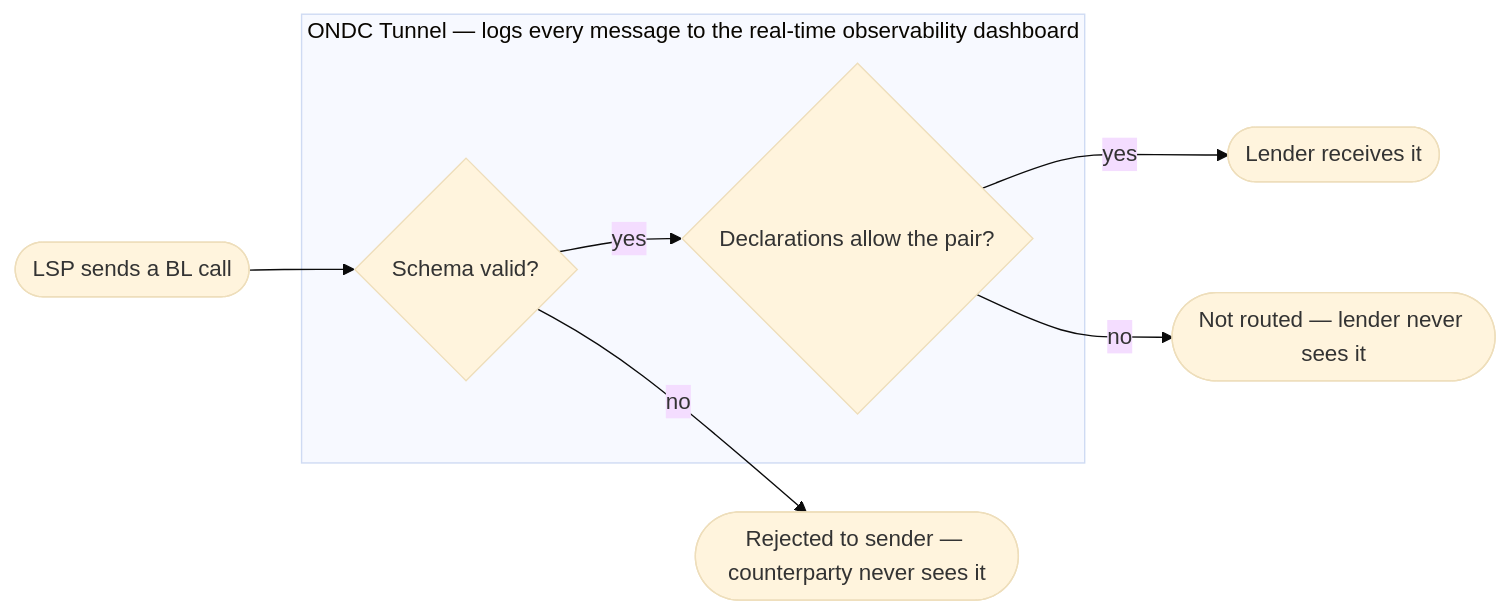
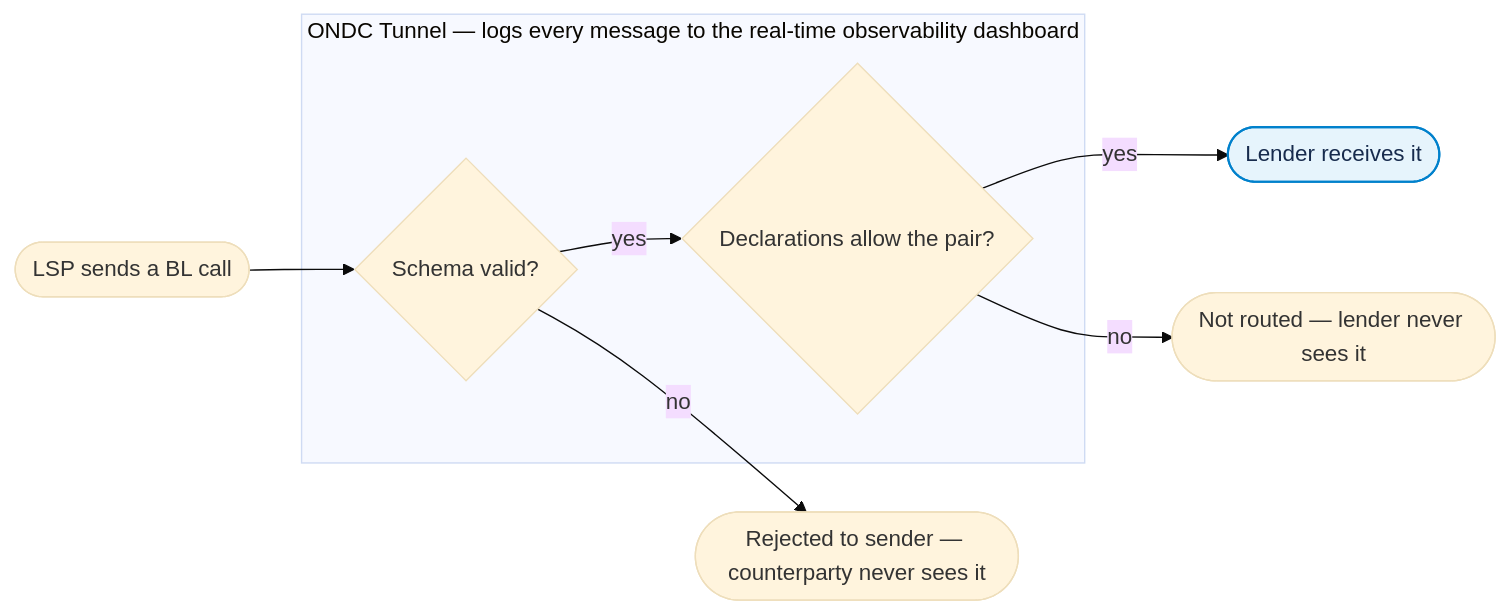
Before and after one commit to JyotiSharma0711/automation-specifications: the diagram in config/docs/overview.md, drawn with Mermaid (base theme).

Commit message:
docs: highlight the success outcome in the BL Tunnel routing diagram
Adds a classDef/class to the Tunnel flowchart's 'Lender receives it'
node so the success path is visually distinct from the rejection/
not-routed terminal nodes, matching the intended diagram design.

````diff
--- a/config/docs/overview.md
+++ b/config/docs/overview.md
@@ -31,12 +31,15 @@
 ```mermaid
 flowchart LR
     LSP([LSP sends a BL call]) --> Schema{Schema valid?}
     subgraph Tunnel["ONDC Tunnel — logs every message to the real-time observability dashboard"]
         Schema
         Decl{Declarations allow the pair?}
     end
     Schema -- yes --> Decl
     Schema -- no --> Rejected([Rejected to sender — counterparty never sees it])
     Decl -- yes --> Lender([Lender receives it])
     Decl -- no --> NotRouted([Not routed — lender never sees it])
+
+    classDef success fill:#e6f4fc,stroke:#0081cc,stroke-width:1.5px,color:#172b4d
+    class Lender success
 ```
````
